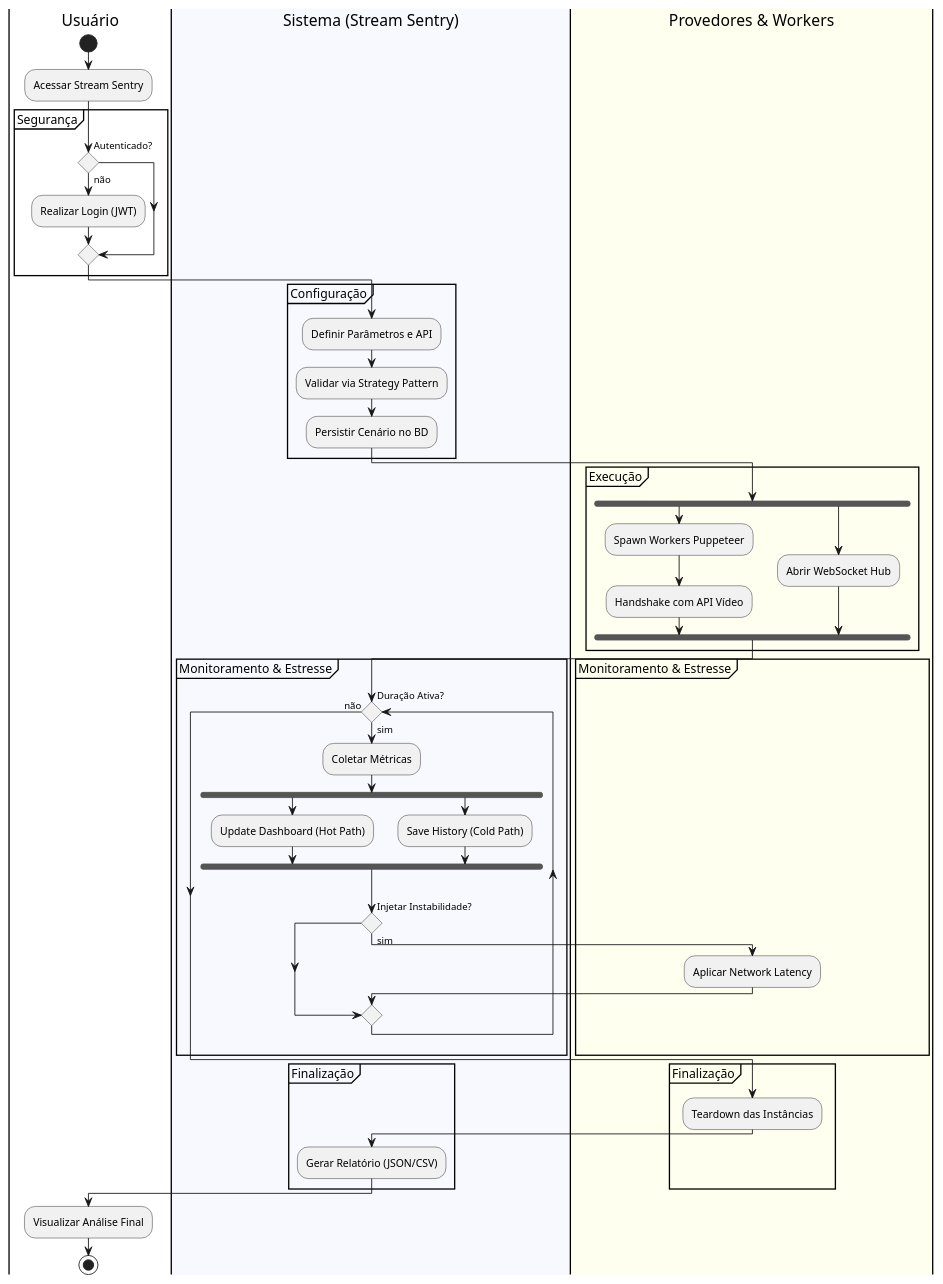
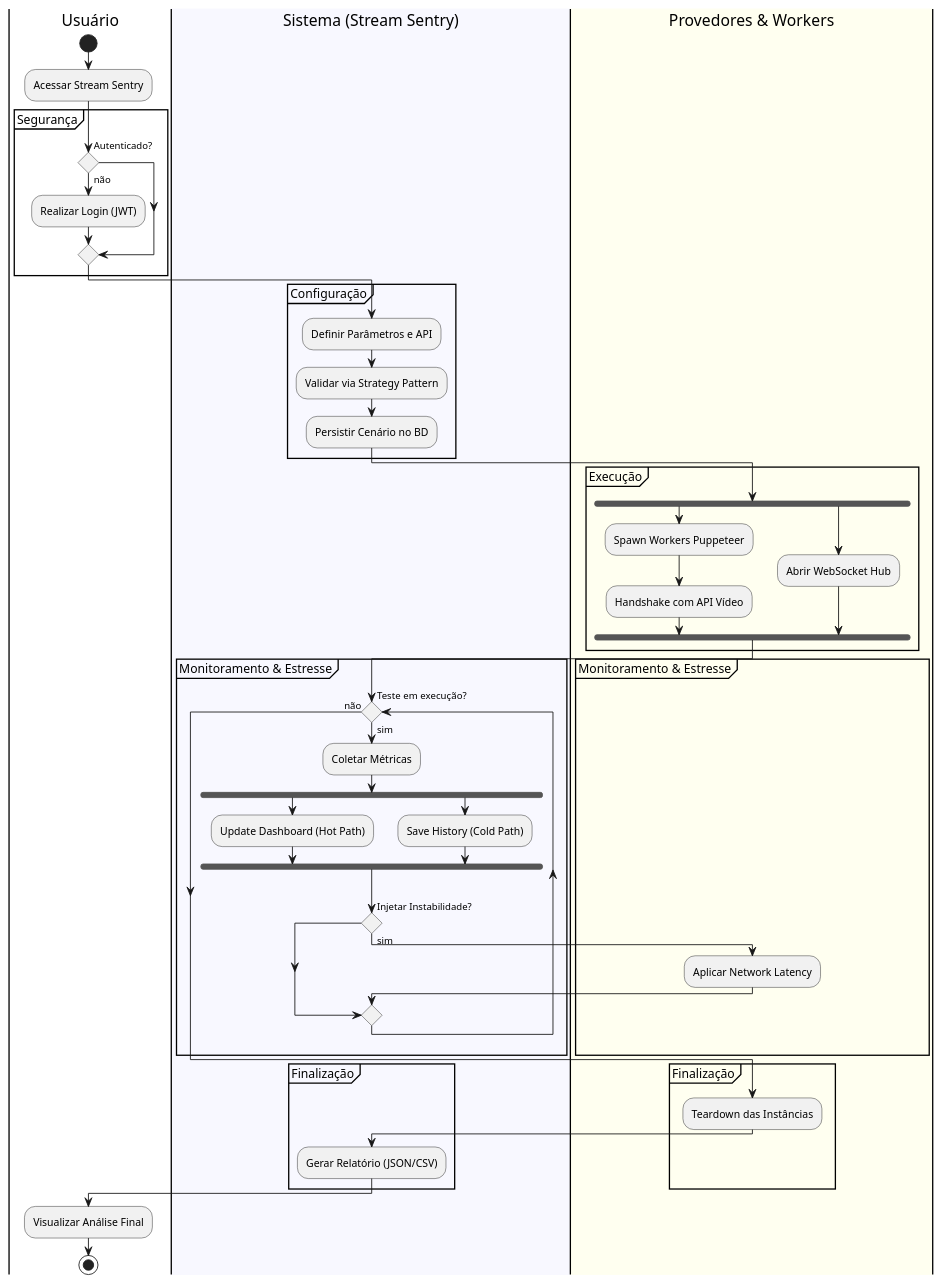
Before and after one commit to ICEI-PUC-Minas-PPLES-TI/plf-es-2025-2-tcci-0393100-dev-rafael-parreira: the diagram in Artefatos/DiagramaDeAtividades.puml, drawn with PlantUML. The commit also changed 6 other files, not shown here.

First line of the commit message:
docs: aplica ajustes da banca nos diagramas de sequencia e de atividades

```diff
--- a/Artefatos/DiagramaDeAtividades.puml
+++ b/Artefatos/DiagramaDeAtividades.puml
@@ -1,61 +1,61 @@
 @startuml
 skinparam shadowing false
 skinparam MaxMessageSize 150
 skinparam conditionStyle diamond
 skinparam orientation horizontal
 
 |Usuário|
 start
 :Acessar Stream Sentry;
 partition "Segurança" {
     if (Autenticado?) then (não)
         :Realizar Login (JWT);
     endif
 }
 
 |#GhostWhite|Sistema (Stream Sentry)|
 partition "Configuração" {
     :Definir Parâmetros e API;
     :Validar via Strategy Pattern;
     :Persistir Cenário no BD;
 }
 
 |#Ivory|Provedores & Workers|
 partition "Execução" {
     fork
         :Spawn Workers Puppeteer;
         :Handshake com API Vídeo;
     fork again
         :Abrir WebSocket Hub;
     end fork
 }
 
 |Sistema (Stream Sentry)|
 partition "Monitoramento & Estresse" {
-    while (Duração Ativa?) is (sim)
+    while (Teste em execução?) is (sim)
         :Coletar Métricas;
         fork
             :Update Dashboard (Hot Path);
         fork again
             :Save History (Cold Path);
         end fork
 
         if (Injetar Instabilidade?) then (sim)
             |Provedores & Workers|
             :Aplicar Network Latency;
             |Sistema (Stream Sentry)|
         endif
     endwhile (não)
 }
 
 partition "Finalização" {
     |Provedores & Workers|
     :Teardown das Instâncias;
     |Sistema (Stream Sentry)|
     :Gerar Relatório (JSON/CSV);
 }
 
 |Usuário|
 :Visualizar Análise Final;
 stop
 @enduml
```
